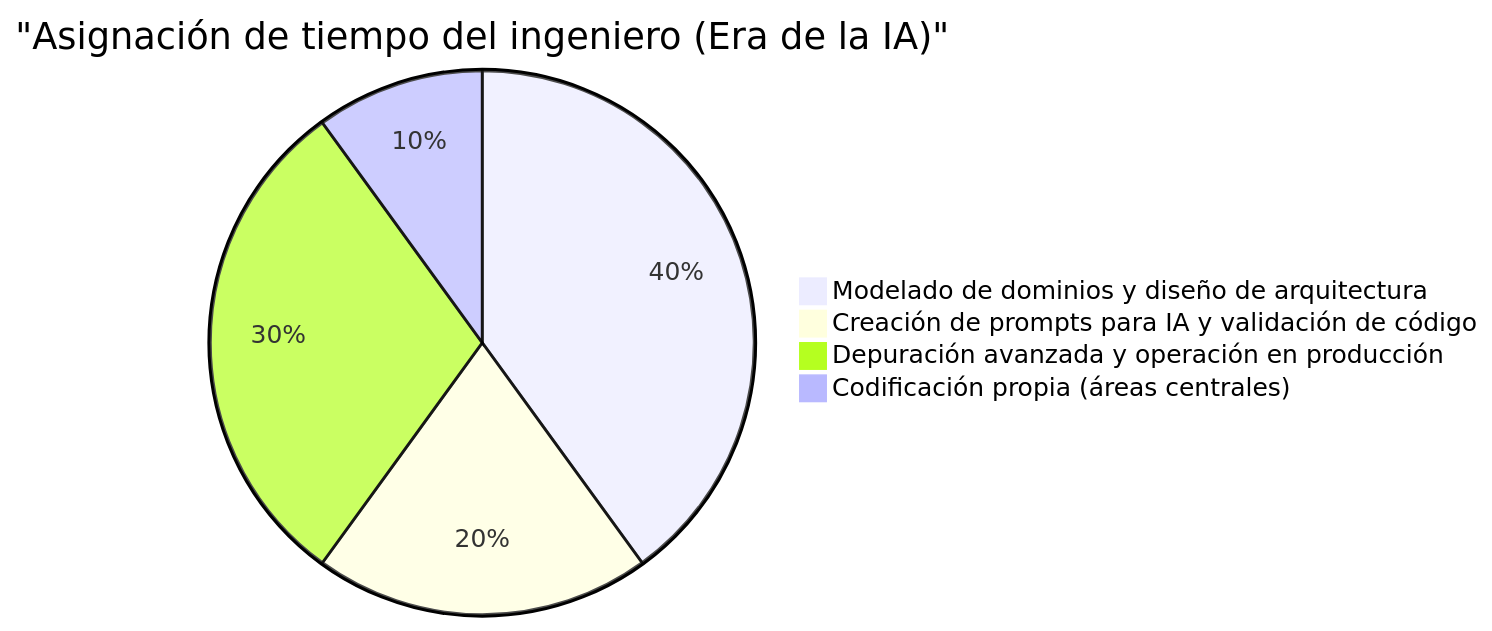
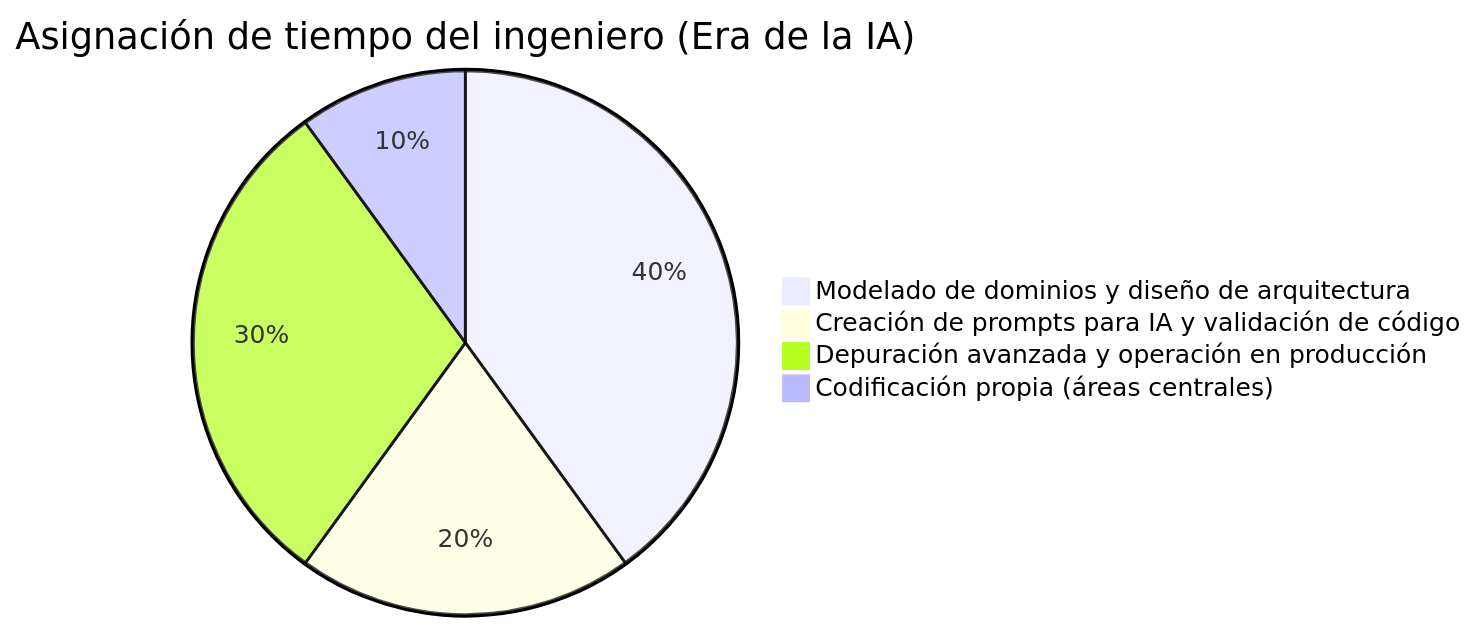
The fourth of 4 diagrams in content/post/human_engineer_skills/index.es.md (kenjinote/blog), drawn with Mermaid before and after one commit. The commit also changed other lines of this file and 703 other files, not shown here.

Commit message:
Fix: Remove quotes from Mermaid link texts and timeline definitions to support Mermaid 11.4.1

````diff
--- a/content/post/human_engineer_skills/index.es.md
+++ b/content/post/human_engineer_skills/index.es.md
@@ -190,7 +190,7 @@
 ```mermaid
-pie title "Asignación de tiempo del ingeniero (Era de la IA)"
+pie title Asignación de tiempo del ingeniero (Era de la IA)
   "Modelado de dominios y diseño de arquitectura": 40
   "Creación de prompts para IA y validación de código": 20
   "Depuración avanzada y operación en producción": 30
   "Codificación propia (áreas centrales)": 10
 ```
````
